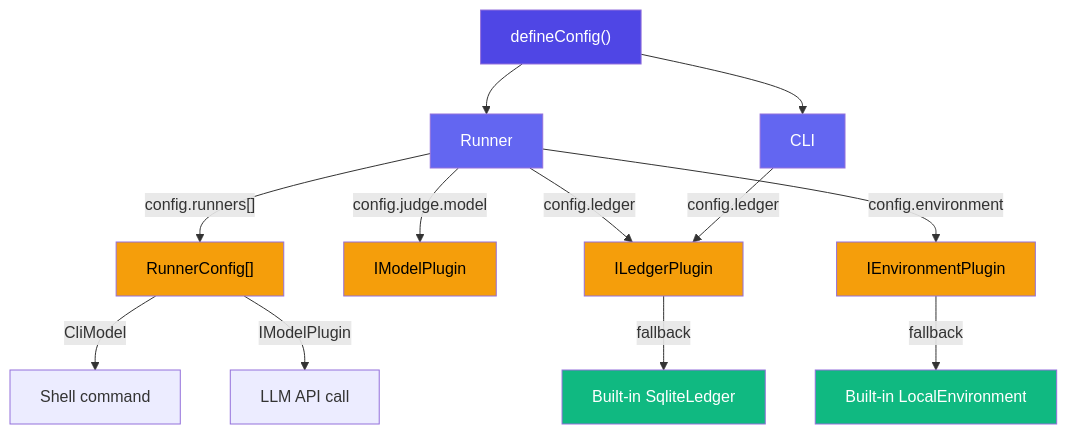
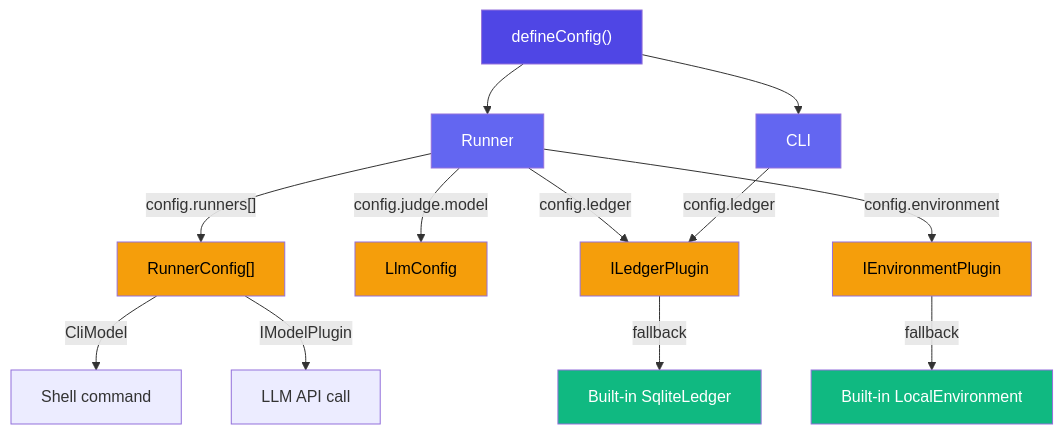
One commit to Tlahey/agent-eval changed the third of 3 diagrams in apps/docs/guide/plugins.md. Above: the diagram before and after it, drawn with Mermaid. The commit also changed 7 other files, not shown here.

First line of the commit message:
docs: fix stale runner shorthands and judge.llm references

````diff
--- a/apps/docs/guide/plugins.md
+++ b/apps/docs/guide/plugins.md
@@ -277,26 +277,26 @@
 ```mermaid
 flowchart TB
     CONFIG["defineConfig()"] --> RUNNER["Runner"]
     CONFIG --> CLI["CLI"]
 
     RUNNER -->|"config.runners[]"| RC["RunnerConfig[]"]
-    RUNNER -->|"config.judge.model"| MP["IModelPlugin"]
+    RUNNER -->|"config.judge.model"| MP["LlmConfig"]
     RUNNER -->|"config.ledger"| LEDGER["ILedgerPlugin"]
     RUNNER -->|"config.environment"| ENV["IEnvironmentPlugin"]
     CLI -->|"config.ledger"| LEDGER
 
     RC -->|"CliModel"| CLIR["Shell command"]
     RC -->|"IModelPlugin"| APIR["LLM API call"]
     LEDGER -->|"fallback"| SQLITE["Built-in SqliteLedger"]
     ENV -->|"fallback"| LOCAL["Built-in LocalEnvironment"]
 
     style CONFIG fill:#4f46e5,color:#fff
     style RUNNER fill:#6366f1,color:#fff
     style CLI fill:#6366f1,color:#fff
     style RC fill:#f59e0b,color:#000
     style MP fill:#f59e0b,color:#000
     style LEDGER fill:#f59e0b,color:#000
     style ENV fill:#f59e0b,color:#000
     style SQLITE fill:#10b981,color:#fff
     style LOCAL fill:#10b981,color:#fff
 ```
````
